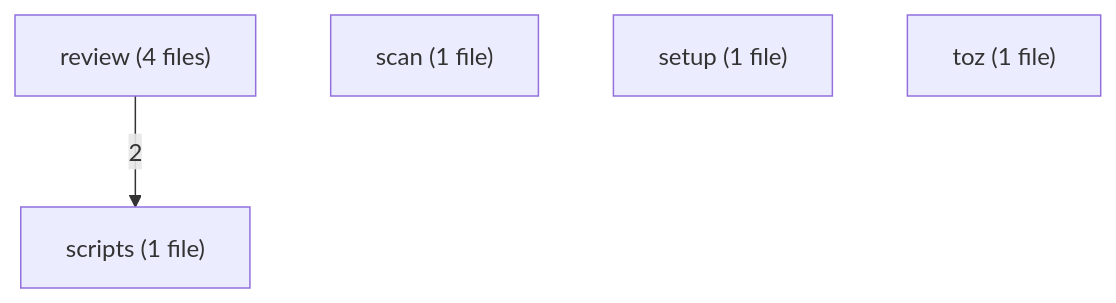
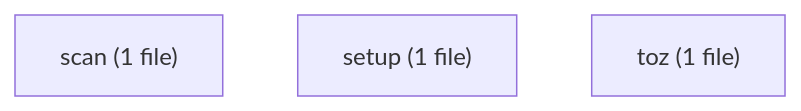
One commit to alecegg/varde changed the first of 4 diagrams in skills/varde-manage/FLOW.md. Above: the diagram before and after it, drawn with Mermaid. The commit also changed other lines of this file and 269 other files, not shown here.

````diff
--- a/skills/varde-manage/FLOW.md
+++ b/skills/varde-manage/FLOW.md
@@ -23,9 +19,6 @@
 ```mermaid
 flowchart TD
-  m0["review (4 files)"]
-  m1["scan (1 file)"]
-  m2["scripts (1 file)"]
-  m3["setup (1 file)"]
-  m4["toz (1 file)"]
-  m0 -->|"2"| m2
+  m0["scan (1 file)"]
+  m1["setup (1 file)"]
+  m2["toz (1 file)"]
 ```
````
